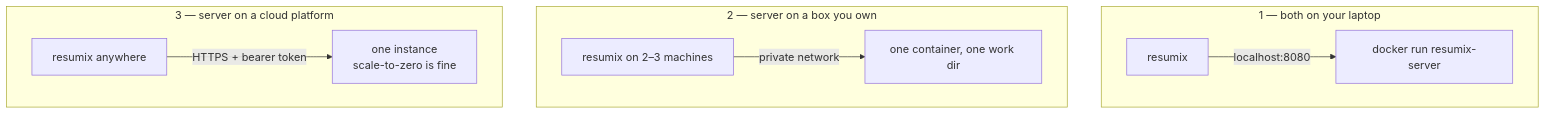
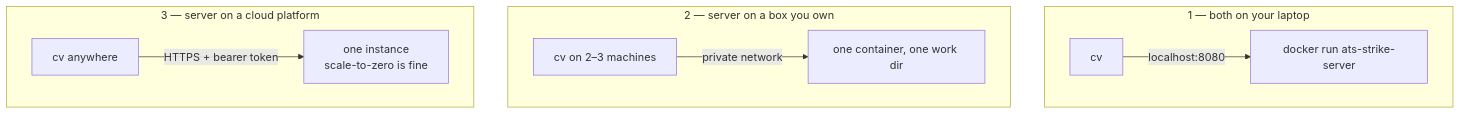
The second of 2 diagrams in doc/deployment.md (gcontini/ats-strike), drawn with Mermaid before and after one commit. The commit also changed other lines of this file and 229 other files, not shown here.

````diff
--- a/doc/deployment.md
+++ b/doc/deployment.md
@@ -49,12 +49,12 @@
 ```mermaid
 flowchart TB
     subgraph A["1 — both on your laptop"]
-        A1["resumix"] -->|"localhost:8080"| A2["docker run resumix-server"]
+        A1["cv"] -->|"localhost:8080"| A2["docker run ats-strike-server"]
     end
     subgraph B["2 — server on a box you own"]
-        B1["resumix on 2–3 machines"] -->|"private network"| B2["one container, one work dir"]
+        B1["cv on 2–3 machines"] -->|"private network"| B2["one container, one work dir"]
     end
     subgraph C["3 — server on a cloud platform"]
-        C1["resumix anywhere"] -->|"HTTPS + bearer token"| C2["one instance<br/>scale-to-zero is fine"]
+        C1["cv anywhere"] -->|"HTTPS + bearer token"| C2["one instance<br/>scale-to-zero is fine"]
     end
 ```
````
